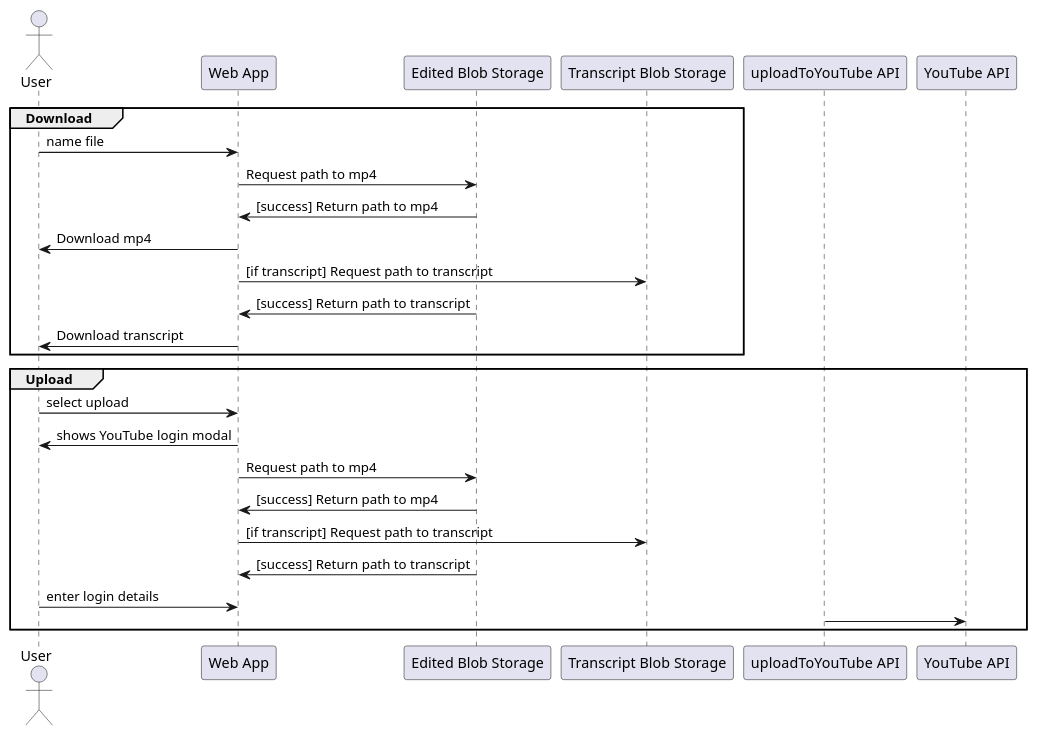
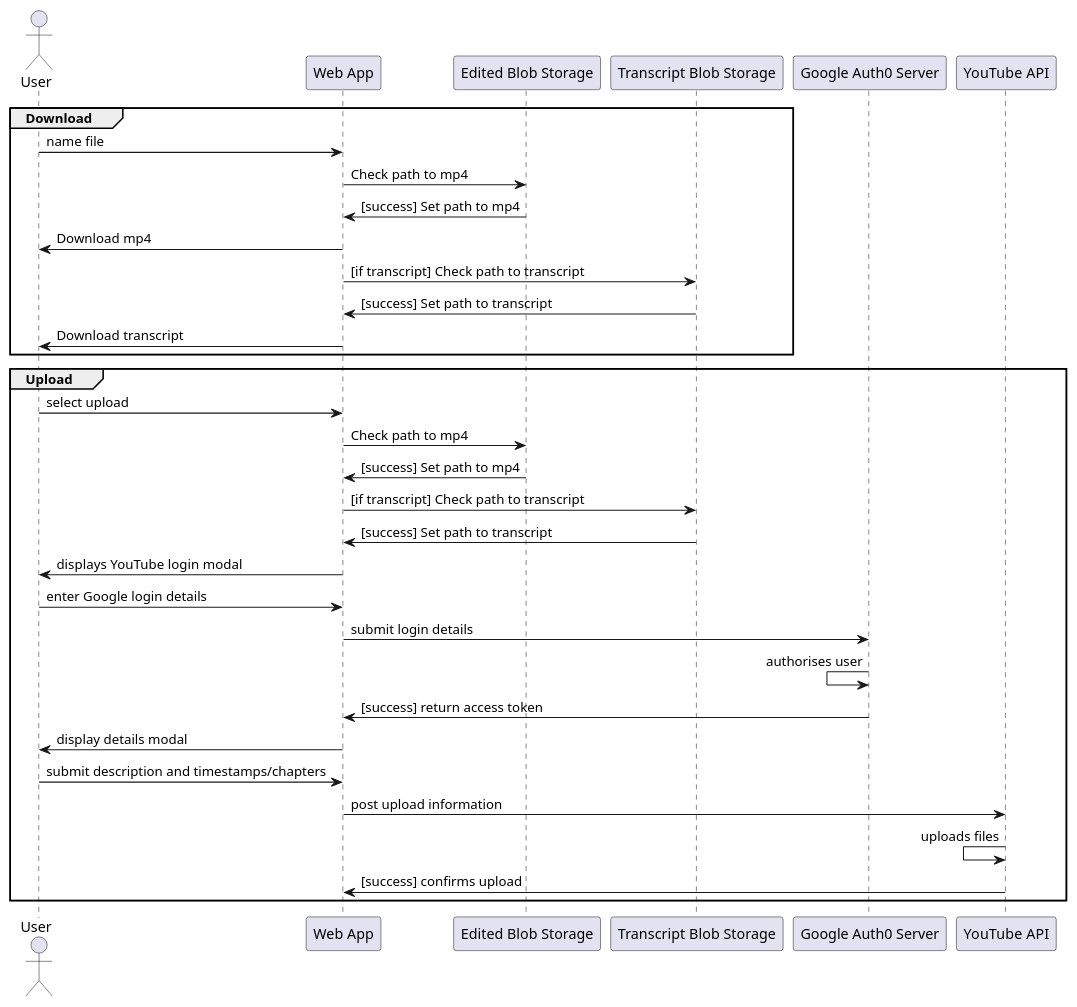
The diagram in examples/download.puml (jennifer-platt/ECM2429-UML), drawn with PlantUML before and after one commit. The commit also changed 4 other files, not shown here.

Commit message:
Updated diagrams

```diff
--- a/examples/download.puml
+++ b/examples/download.puml
@@ -1,26 +1,33 @@
 @startuml system-flow_enter-test-result-code
 
 Actor User
 
 group Download
 User -> "Web App": name file
-"Web App" -> "Edited Blob Storage": Request path to mp4
-"Web App" <- "Edited Blob Storage": [success] Return path to mp4
+"Web App" -> "Edited Blob Storage": Check path to mp4
+"Web App" <- "Edited Blob Storage": [success] Set path to mp4
 User <- "Web App": Download mp4
-"Web App" -> "Transcript Blob Storage": [if transcript] Request path to transcript
-"Web App" <- "Edited Blob Storage": [success] Return path to transcript
+"Web App" -> "Transcript Blob Storage": [if transcript] Check path to transcript
+"Web App" <- "Transcript Blob Storage": [success] Set path to transcript
 User <- "Web App": Download transcript
 end
 
 group Upload
 User -> "Web App": select upload
-User <- "Web App": shows YouTube login modal
-"Web App" -> "Edited Blob Storage": Request path to mp4
-"Web App" <- "Edited Blob Storage": [success] Return path to mp4
-"Web App" -> "Transcript Blob Storage": [if transcript] Request path to transcript
-"Web App" <- "Edited Blob Storage": [success] Return path to transcript
-User -> "Web App": enter login details
-"uploadToYouTube API" -> "YouTube API": 
+"Web App" -> "Edited Blob Storage": Check path to mp4
+"Web App" <- "Edited Blob Storage": [success] Set path to mp4
+"Web App" -> "Transcript Blob Storage": [if transcript] Check path to transcript
+"Web App" <- "Transcript Blob Storage": [success] Set path to transcript
+User <- "Web App": displays YouTube login modal
+User -> "Web App": enter Google login details
+"Web App" -> "Google Auth0 Server": submit login details
+"Google Auth0 Server" <- "Google Auth0 Server": authorises user
+"Web App" <- "Google Auth0 Server": [success] return access token
+User <- "Web App": display details modal
+User -> "Web App": submit description and timestamps/chapters
+"Web App" -> "YouTube API": post upload information
+"YouTube API" <- "YouTube API": uploads files
+"Web App" <- "YouTube API": [success] confirms upload
 end
 
 @enduml
```
